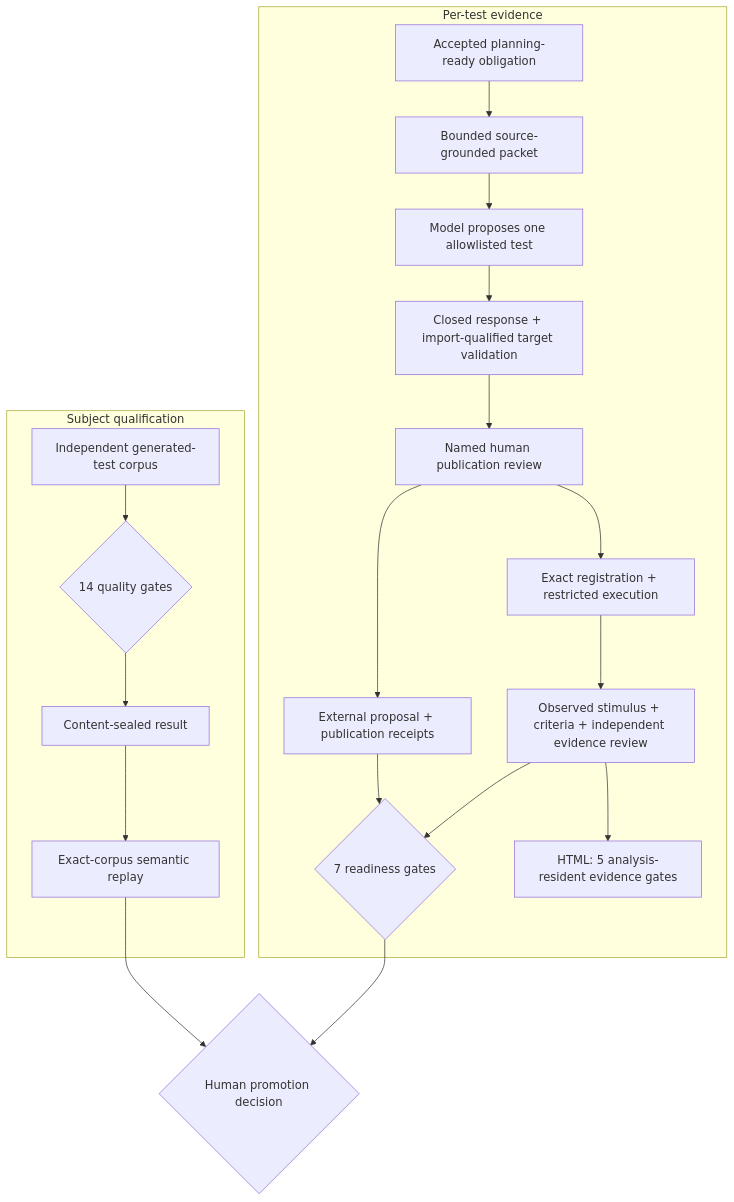
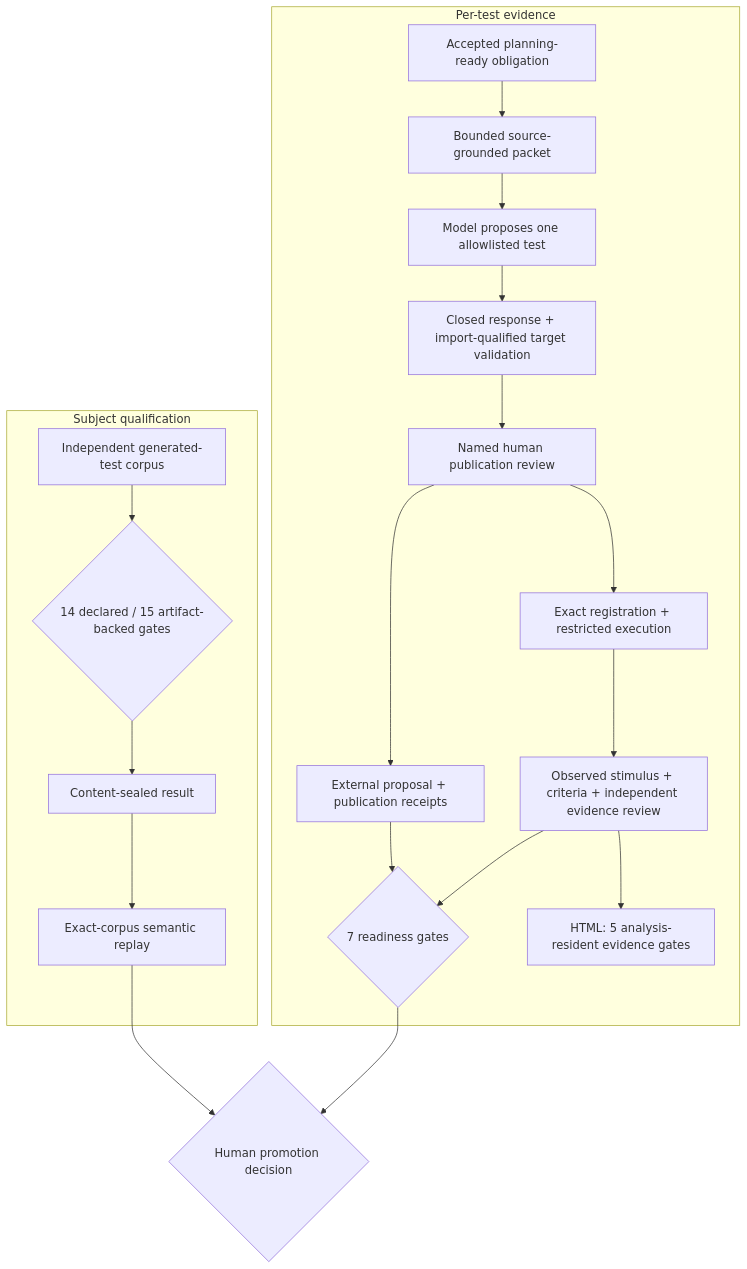
One commit to willtran87/project-py-sfmea changed the fifth of 7 diagrams in docs/VISUAL_GUIDE.md. Above: the diagram before and after it, drawn with Mermaid. The commit also changed 17 other files, not shown here.

Commit message:
Add artifact-backed generated-test qualification

````diff
--- a/docs/VISUAL_GUIDE.md
+++ b/docs/VISUAL_GUIDE.md
@@ -122,22 +122,22 @@
 ```mermaid
 flowchart TB
     subgraph PERTEST["Per-test evidence"]
         O["Accepted planning-ready obligation"] --> P["Bounded source-grounded packet"]
         P --> M["Model proposes one allowlisted test"]
         M --> X["Closed response + import-qualified target validation"]
         X --> H["Named human publication review"]
         H --> E["Exact registration + restricted execution"]
         E --> I["Observed stimulus + criteria + independent evidence review"]
         I --> R{"7 readiness gates"}
         I --> HTML["HTML: 5 analysis-resident evidence gates"]
         H --> EXT["External proposal + publication receipts"]
         EXT --> R
     end
     subgraph SUBJECT["Subject qualification"]
-        C["Independent generated-test corpus"] --> Q{"14 quality gates"}
+        C["Independent generated-test corpus"] --> Q{"14 declared / 15 artifact-backed gates"}
         Q --> S["Content-sealed result"]
         S --> V["Exact-corpus semantic replay"]
     end
     R --> D{"Human promotion decision"}
     V --> D
 ```
````
